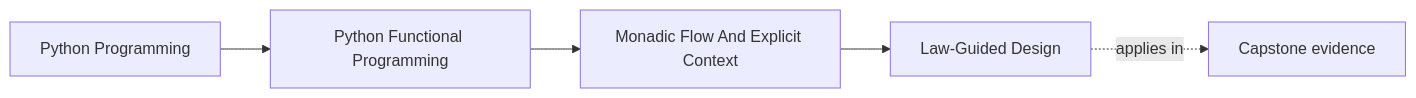
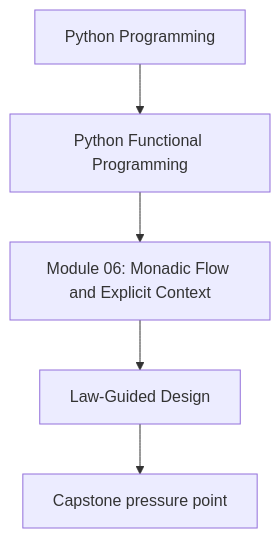
The first of 2 diagrams in programs/python-programming/python-functional-programming/course-book/module-06-monadic-flow-and-explicit-context/law-guided-design.md (bijux/bijux-masterclass), drawn with Mermaid before and after one commit. The commit also changed other lines of this file and 118 other files, not shown here.

Commit message:
docs(python-functional-programming): align concept page diagrams

````diff
--- a/programs/python-programming/python-functional-programming/course-book/module-06-monadic-flow-and-explicit-context/law-guided-design.md
+++ b/programs/python-programming/python-functional-programming/course-book/module-06-monadic-flow-and-explicit-context/law-guided-design.md
@@ -7,11 +7,7 @@
 ```mermaid
-graph LR
-  family["Python Programming"]
-  program["Python Functional Programming"]
-  section["Monadic Flow And Explicit Context"]
-  page["Law-Guided Design"]
-  capstone["Capstone evidence"]
-
-  family --> program --> section --> page
-  page -.applies in.-> capstone
+flowchart TD
+  family["Python Programming"] --> program["Python Functional Programming"]
+  program --> module["Module 06: Monadic Flow and Explicit Context"]
+  module --> concept["Law-Guided Design"]
+  concept --> capstone["Capstone pressure point"]
 ```
````
